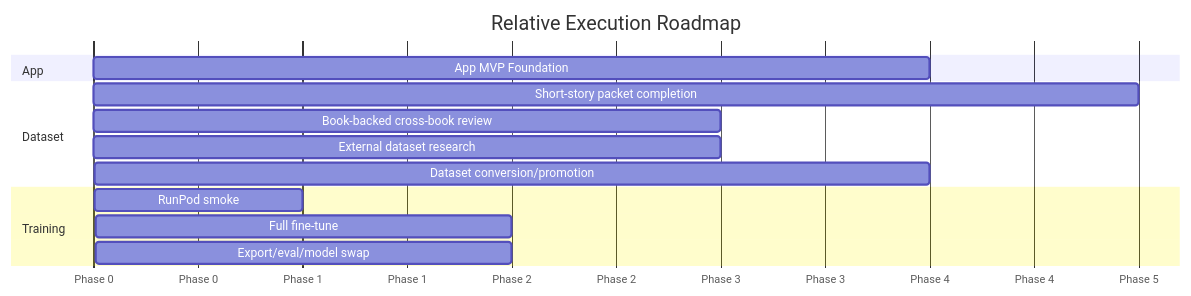
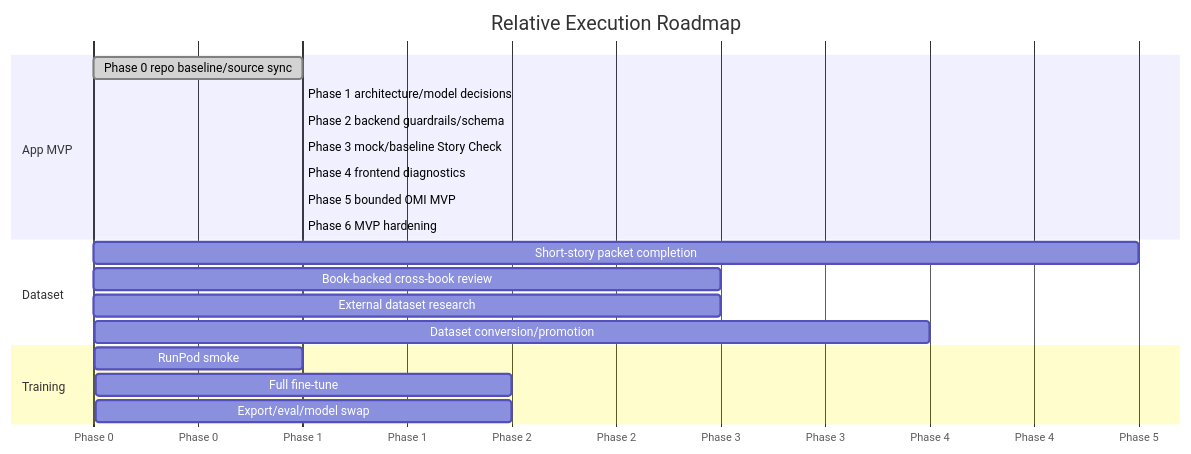
Before and after one commit to telesjr90/writingassistant: the diagram in docs/master_plan.md, drawn with Mermaid. The commit also changed other lines of this file and 5 other files, not shown here.

Commit message:
docs: reconcile roadmap source of truth

````diff
--- a/docs/master_plan.md
+++ b/docs/master_plan.md
@@ -477,17 +573,23 @@
 ```mermaid
 gantt
     title Relative Execution Roadmap
     dateFormat  X
     axisFormat  Phase %s
-    section App
-    App MVP Foundation              :app, 0, 4
+    section App MVP
+    Phase 0 repo baseline/source sync :done, p0, 0, 1
+    Phase 1 architecture/model decisions :p1, after p0, 1
+    Phase 2 backend guardrails/schema :p2, after p1, 1
+    Phase 3 mock/baseline Story Check :p3, after p2, 1
+    Phase 4 frontend diagnostics     :p4, after p3, 1
+    Phase 5 bounded OMI MVP          :p5, after p4, 1
+    Phase 6 MVP hardening            :p6, after p5, 1
     section Dataset
     Short-story packet completion    :packets, 1, 5
     Book-backed cross-book review    :books, 2, 3
     External dataset research        :external, 2, 3
     Dataset conversion/promotion     :promotion, 4, 4
     section Training
     RunPod smoke                     :smoke, 7, 1
     Full fine-tune                   :train, 8, 2
     Export/eval/model swap           :deploy, 10, 2
 ```
````
